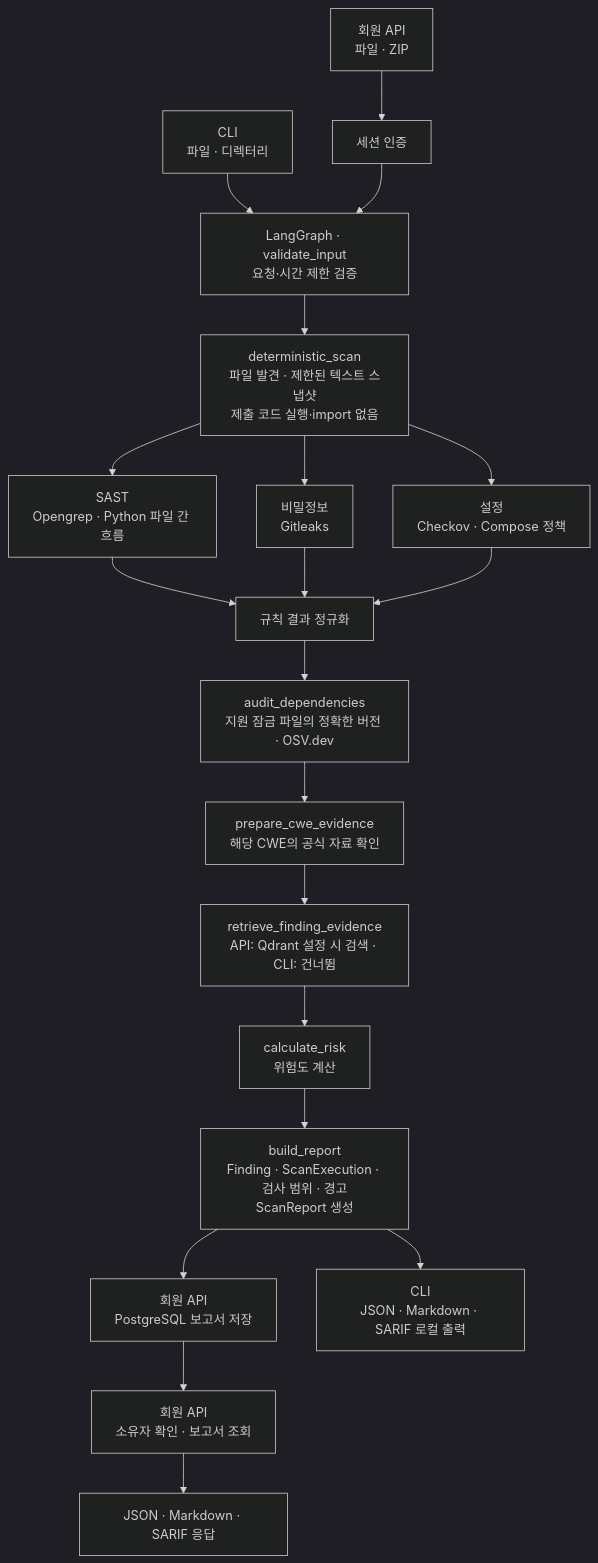
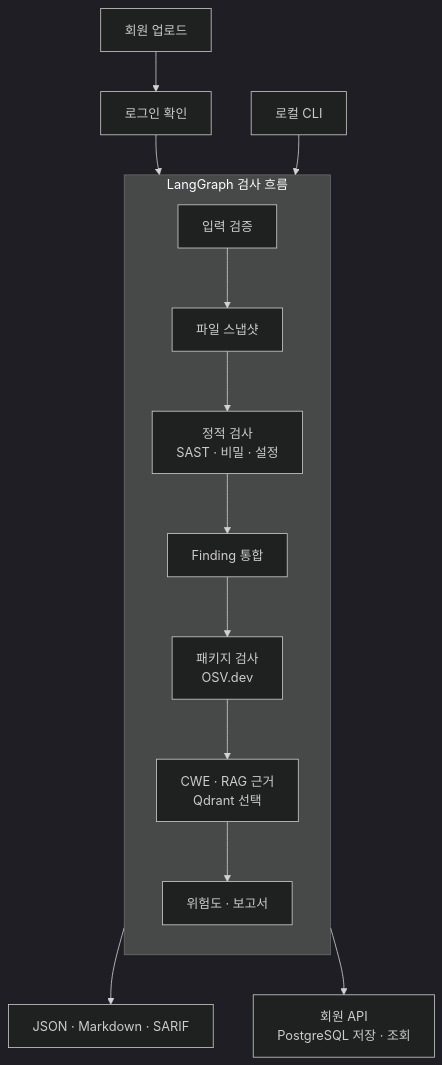
One commit to taehyeon-git/SecRAGraph changed the diagram in README.md. Above: the diagram before and after it, drawn with Mermaid (dark theme). The commit also changed other lines of this file and 15 other files, not shown here.

First line of the commit message:
Reduce runtime image advisories and clarify architecture diagram (#30)

````diff
--- a/README.md
+++ b/README.md
@@ -33,24 +33,19 @@
 ```mermaid
-flowchart TD
-  API["회원 API<br/>파일 · ZIP"] --> AUTH["세션 인증"]
-  CLI["CLI<br/>파일 · 디렉터리"] --> INPUT["LangGraph · validate_input<br/>요청·시간 제한 검증"]
-  AUTH --> INPUT
-  INPUT --> SNAP["deterministic_scan<br/>파일 발견 · 제한된 텍스트 스냅샷<br/>제출 코드 실행·import 없음"]
+flowchart TB
+  API["회원 업로드"] --> AUTH["로그인 확인"]
+  AUTH --> VALIDATE
+  CLI["로컬 CLI"] --> VALIDATE["입력 검증"]
 
-  SNAP --> SAST["SAST<br/>Opengrep · Python 파일 간 흐름"]
-  SNAP --> SECRET["비밀정보<br/>Gitleaks"]
-  SNAP --> CONFIG["설정<br/>Checkov · Compose 정책"]
+  subgraph GRAPH["LangGraph 검사 흐름"]
+    direction TB
+    VALIDATE --> SNAP["파일 스냅샷"]
+    SNAP --> DETECT["정적 검사<br/>SAST · 비밀 · 설정"]
+    DETECT --> FINDING["Finding 통합"]
+    FINDING --> OSV["패키지 검사<br/>OSV.dev"]
+    OSV --> EVIDENCE["CWE · RAG 근거<br/>Qdrant 선택"]
+    EVIDENCE --> REPORT["위험도 · 보고서"]
+  end
 
-  SAST --> NORMAL["규칙 결과 정규화"]
-  SECRET --> NORMAL
-  CONFIG --> NORMAL
-  NORMAL --> OSV["audit_dependencies<br/>지원 잠금 파일의 정확한 버전 · OSV.dev"]
-  OSV --> CWE["prepare_cwe_evidence<br/>해당 CWE의 공식 자료 확인"]
-  CWE --> RAG["retrieve_finding_evidence<br/>API: Qdrant 설정 시 검색 · CLI: 건너뜀"]
-  RAG --> RISK["calculate_risk<br/>위험도 계산"]
-  RISK --> REPORT["build_report<br/>Finding · ScanExecution · 검사 범위 · 경고<br/>ScanReport 생성"]
-  REPORT --> DB["회원 API<br/>PostgreSQL 보고서 저장"]
-  DB --> VIEW["회원 API<br/>소유자 확인 · 보고서 조회"]
-  VIEW --> API_FORMAT["JSON · Markdown · SARIF 응답"]
-  REPORT --> CLI_FORMAT["CLI<br/>JSON · Markdown · SARIF 로컬 출력"]
+  REPORT --> FORMAT["JSON · Markdown · SARIF"]
+  REPORT --> STORE["회원 API<br/>PostgreSQL 저장 · 조회"]
 ```
````
